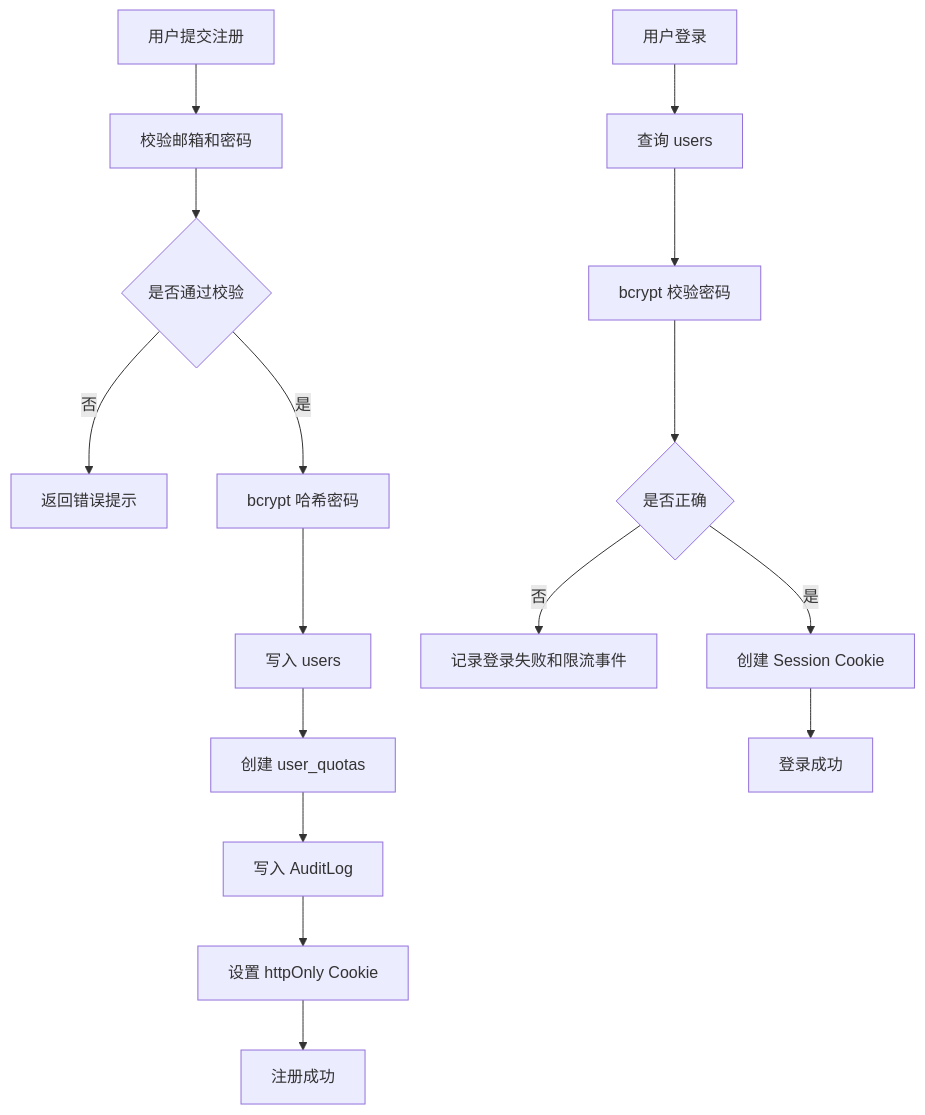
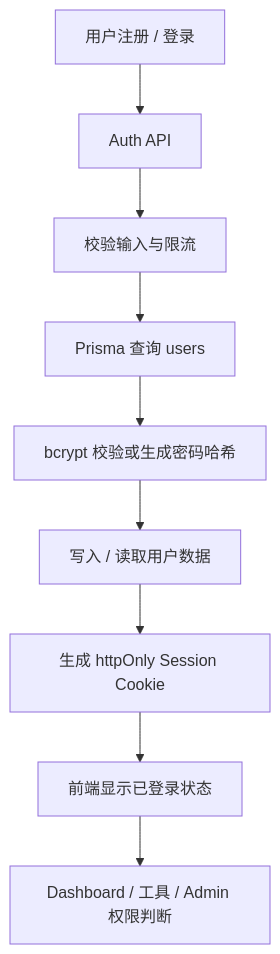
The second of 11 diagrams in docs/AI工具箱V2.0完整技术文档.md (yan073747/ai-office-toolbox), drawn with Mermaid before and after one commit. The commit also changed other lines of this file, not shown here.

````diff
--- a/docs/AI工具箱V2.0完整技术文档.md
+++ b/docs/AI工具箱V2.0完整技术文档.md
@@ -349,19 +316,11 @@
 ```mermaid
 flowchart TD
-  A["用户提交注册"] --> B["校验邮箱和密码"]
-  B --> C{"是否通过校验"}
-  C -- 否 --> D["返回错误提示"]
-  C -- 是 --> E["bcrypt 哈希密码"]
-  E --> F["写入 users"]
-  F --> G["创建 user_quotas"]
-  G --> H["写入 AuditLog"]
-  H --> I["设置 httpOnly Cookie"]
-  I --> J["注册成功"]
-
-  K["用户登录"] --> L["查询 users"]
-  L --> M["bcrypt 校验密码"]
-  M --> N{"是否正确"}
-  N -- 否 --> O["记录登录失败和限流事件"]
-  N -- 是 --> P["创建 Session Cookie"]
-  P --> Q["登录成功"]
+  A["用户注册 / 登录"] --> B["Auth API"]
+  B --> C["校验输入与限流"]
+  C --> D["Prisma 查询 users"]
+  D --> E["bcrypt 校验或生成密码哈希"]
+  E --> F["写入 / 读取用户数据"]
+  F --> G["生成 httpOnly Session Cookie"]
+  G --> H["前端显示已登录状态"]
+  H --> I["Dashboard / 工具 / Admin 权限判断"]
 ```
````
